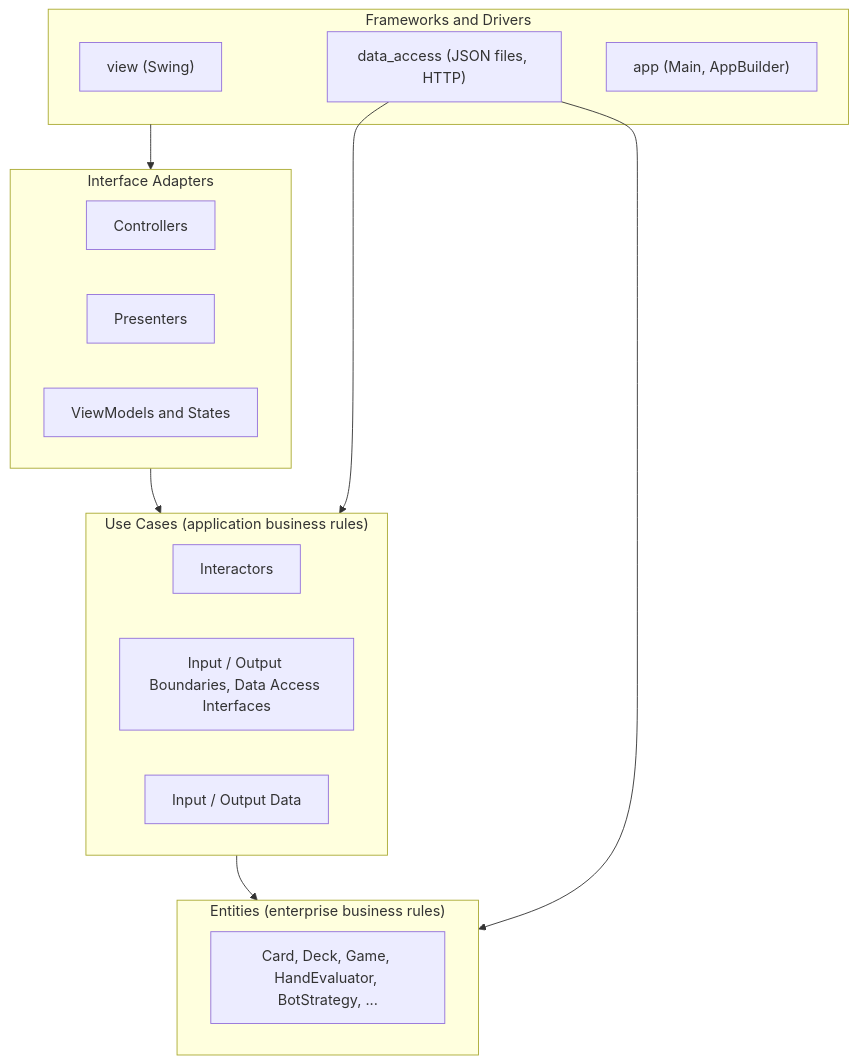
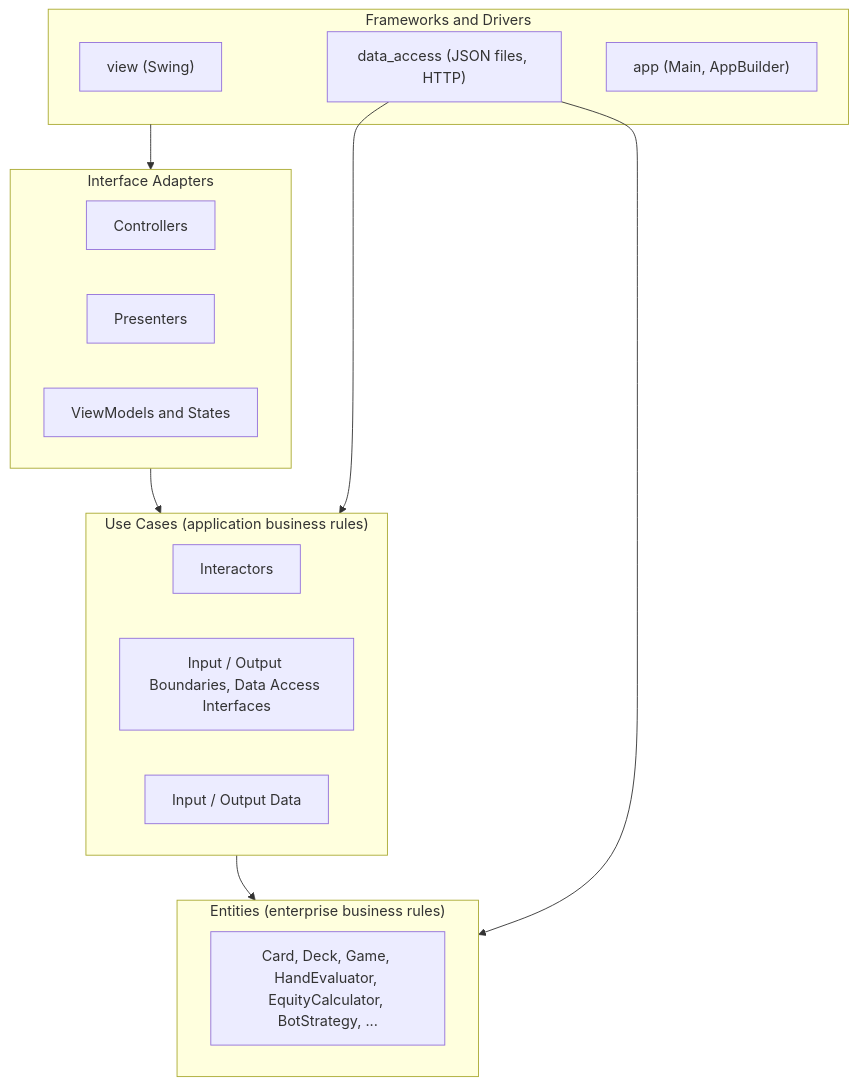
One commit to leiz123321/team-project changed the first of 3 diagrams in docs/ARCHITECTURE.md. Above: the diagram before and after it, drawn with Mermaid. The commit also changed other lines of this file and 1 other file, not shown here.

First line of the commit message:
Fill in README from the course template and update architecture

````diff
--- a/docs/ARCHITECTURE.md
+++ b/docs/ARCHITECTURE.md
@@ -94,24 +94,24 @@
 ```mermaid
 flowchart TB
     subgraph FD["Frameworks and Drivers"]
         V["view (Swing)"]
         DA["data_access (JSON files, HTTP)"]
         APP["app (Main, AppBuilder)"]
     end
     subgraph IA["Interface Adapters"]
         C["Controllers"]
         P["Presenters"]
         VM["ViewModels and States"]
     end
     subgraph UC["Use Cases (application business rules)"]
         I["Interactors"]
         B["Input / Output Boundaries, Data Access Interfaces"]
         D["Input / Output Data"]
     end
     subgraph E["Entities (enterprise business rules)"]
-        EN["Card, Deck, Game, HandEvaluator, BotStrategy, ..."]
+        EN["Card, Deck, Game, HandEvaluator, EquityCalculator, BotStrategy, ..."]
     end
     FD --> IA --> UC --> E
     DA --> UC
     DA --> E
 ```
````
